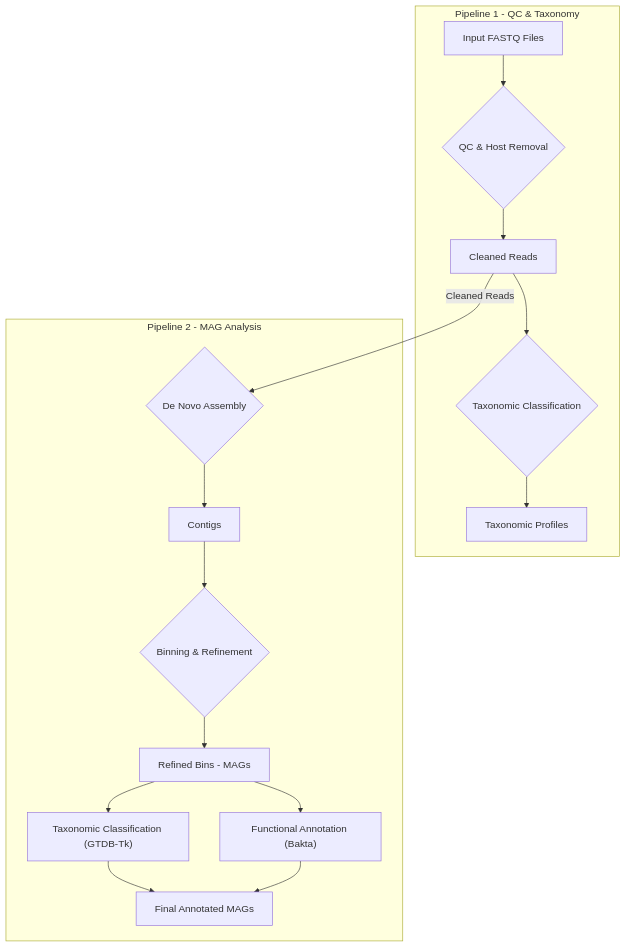
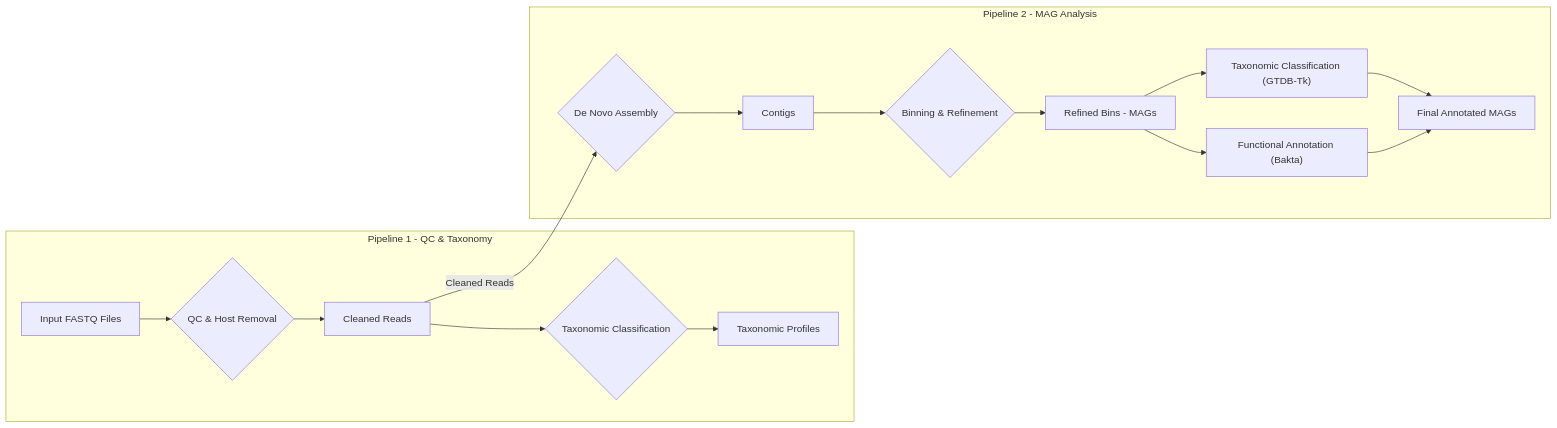
Before and after one commit to ystone1101/metagenome-pipeline: the diagram in README.md, drawn with Mermaid.

Commit message:
docs: Improve and update README.md

````diff
--- a/README.md
+++ b/README.md
@@ -51,20 +51,21 @@
 ```mermaid
-graph TD
+graph LR
     subgraph Pipeline 1 - QC & Taxonomy
         A[Input FASTQ Files] --> B{QC & Host Removal};
         B --> C[Cleaned Reads];
         C --> D{Taxonomic Classification};
         D --> E[Taxonomic Profiles];
     end
 
     subgraph Pipeline 2 - MAG Analysis
-        C -- Cleaned Reads --> F{De Novo Assembly};
-        F --> G[Contigs];
-        G --> H{Binning & Refinement};
-        H --> I[Refined Bins - MAGs];
-        I --> J["Taxonomic Classification (GTDB-Tk)"];
-        I --> K["Functional Annotation (Bakta)"];
-        J --> L[Final Annotated MAGs];
-        K --> L;
+        G{De Novo Assembly} --> H[Contigs];
+        H --> I{Binning & Refinement};
+        I --> J[Refined Bins - MAGs];
+        J --> K["Taxonomic Classification (GTDB-Tk)"];
+        J --> M["Functional Annotation (Bakta)"];
+        K --> L[Final Annotated MAGs];
+        M --> L;
     end
+
+    C -- Cleaned Reads --> G;
 ```
````
